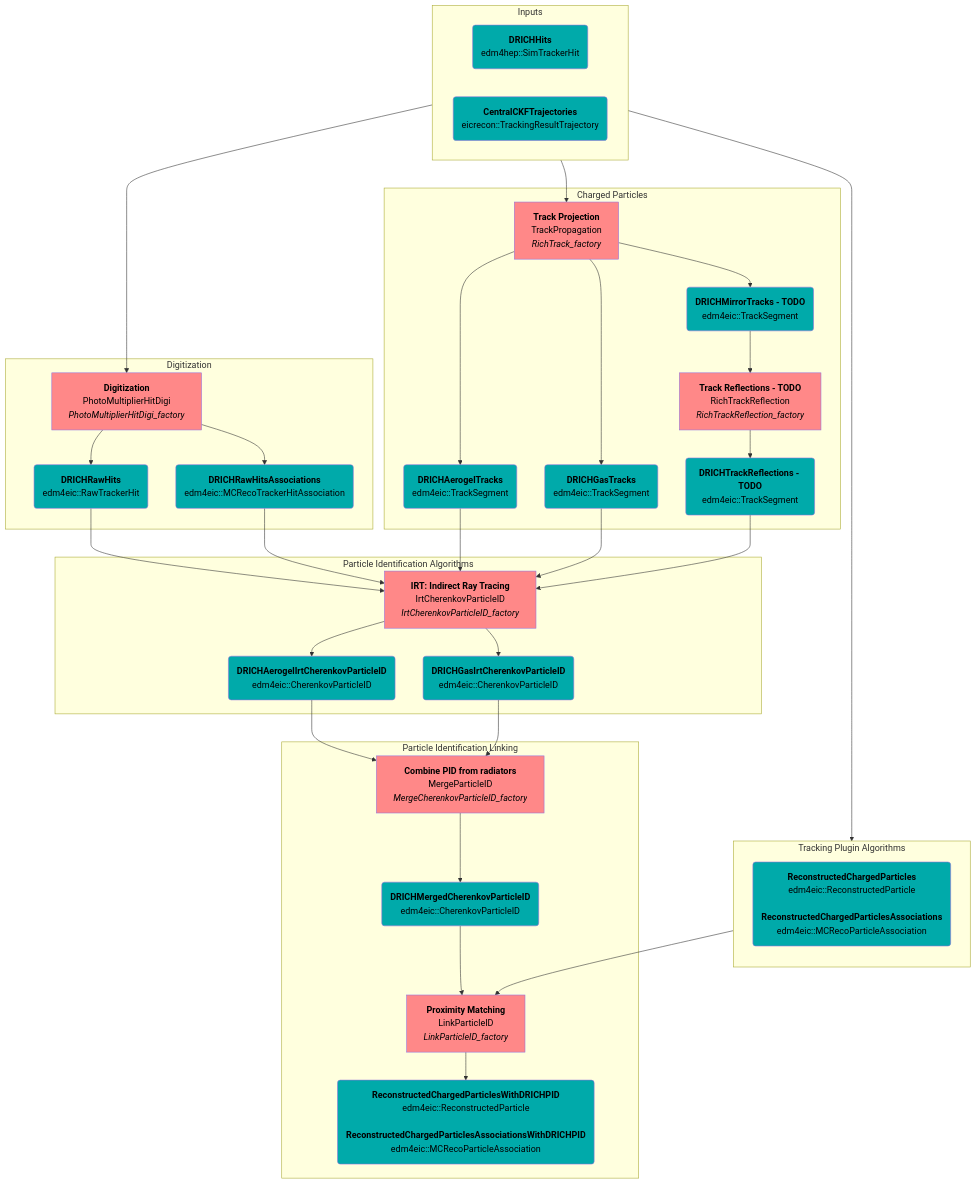
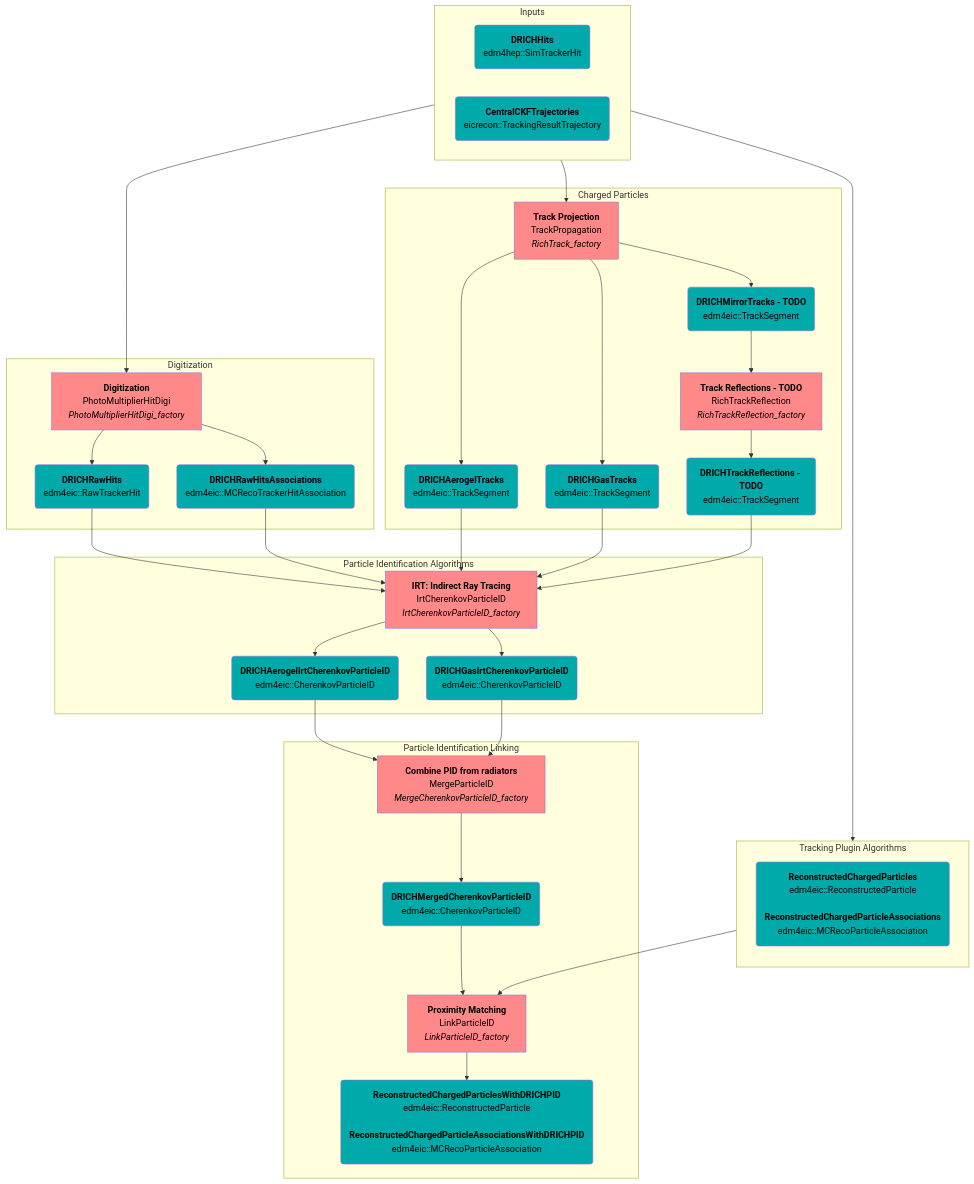
The second of 5 diagrams in src/detectors/DRICH/README.md (eic/EICrecon), drawn with Mermaid before and after one commit. The commit also changed 2 other files, not shown here.

Commit message:
fix: mv `ReconstructedChargedParticle{s,}Associations`

```diff
--- a/src/detectors/DRICH/README.md
+++ b/src/detectors/DRICH/README.md
@@ -55,12 +55,12 @@
     MergePID(<strong>DRICHMergedCherenkovParticleID</strong><br/>edm4eic::CherenkovParticleID):::col
 
     ProxMatch[<strong>Proximity Matching</strong><br/>LinkParticleID<br><i>LinkParticleID_factory</i>]:::alg
-    ReconPartsWithPID(<strong>ReconstructedChargedParticlesWithDRICHPID</strong><br/>edm4eic::ReconstructedParticle<br/><br/><strong>ReconstructedChargedParticlesAssociationsWithDRICHPID</strong><br/>edm4eic::MCRecoParticleAssociation):::col
+    ReconPartsWithPID(<strong>ReconstructedChargedParticlesWithDRICHPID</strong><br/>edm4eic::ReconstructedParticle<br/><br/><strong>ReconstructedChargedParticleAssociationsWithDRICHPID</strong><br/>edm4eic::MCRecoParticleAssociation):::col
   end
 
   subgraph Tracking Plugin Algorithms
     direction TB
-    ReconParts(<strong>ReconstructedChargedParticles</strong><br/>edm4eic::ReconstructedParticle<br/><br/><strong>ReconstructedChargedParticlesAssociations</strong><br/>edm4eic::MCRecoParticleAssociation):::col
+    ReconParts(<strong>ReconstructedChargedParticles</strong><br/>edm4eic::ReconstructedParticle<br/><br/><strong>ReconstructedChargedParticleAssociations</strong><br/>edm4eic::MCRecoParticleAssociation):::col
   end
 
   %%-----------------
```
